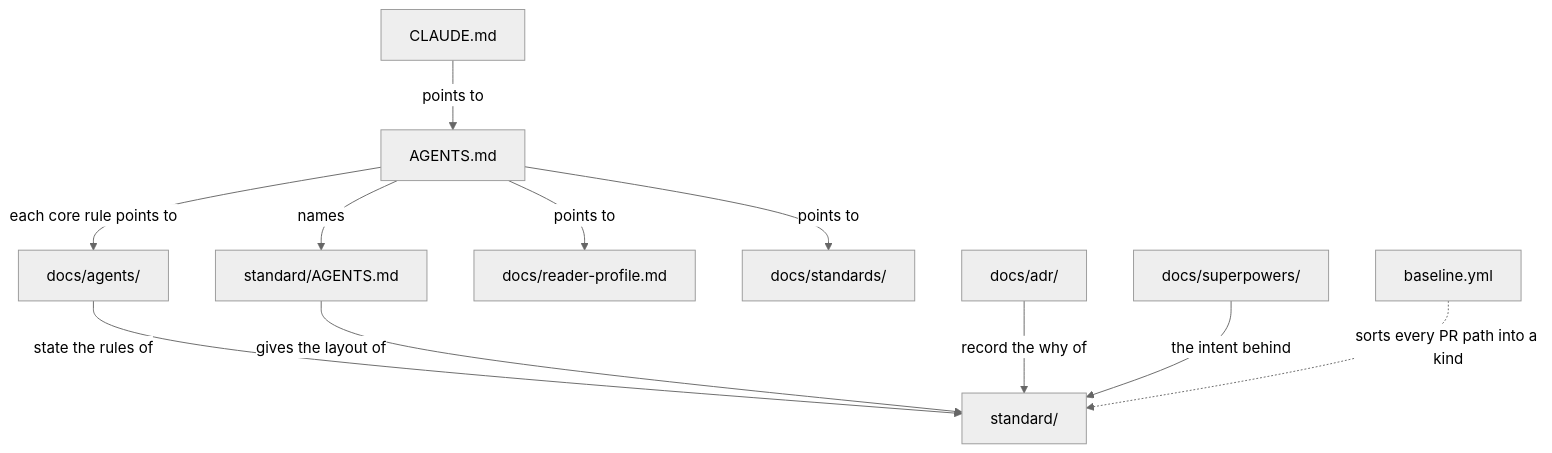
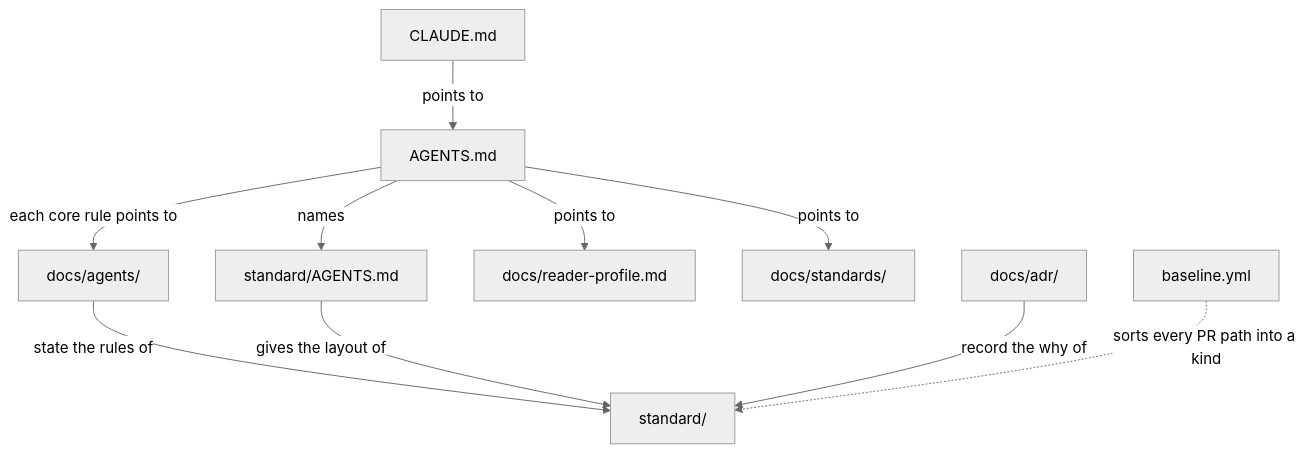
Before and after one commit to chandanbsd/baseline-framework: the fourth of 4 diagrams in docs/architecture/01-overview.md, drawn with Mermaid (neutral theme). The commit also changed other lines of this file and 64 other files, not shown here.

````diff
--- a/docs/architecture/01-overview.md
+++ b/docs/architecture/01-overview.md
@@ -124,23 +123,21 @@
 ```mermaid
 flowchart TB
     CL["`CLAUDE.md`"]
     AG["`AGENTS.md`"]
     PB["`docs/agents/`"]
     STD["`standard/`"]
     SAG["`standard/AGENTS.md`"]
     RP["`docs/reader-profile.md`"]
     SF["`docs/standards/`"]
     ADR["`docs/adr/`"]
-    SPC["`docs/superpowers/`"]
     BY["`baseline.yml`"]
     CL -->|"points to"| AG
     AG -->|"each core rule points to"| PB
     AG -->|"points to"| RP
     AG -->|"points to"| SF
     PB -->|"state the rules of"| STD
     AG -->|"names"| SAG
     SAG -->|"gives the layout of"| STD
     ADR -->|"record the why of"| STD
-    SPC -->|"the intent behind"| STD
     BY -. "sorts every PR path into a kind" .-> STD
 ```
````
